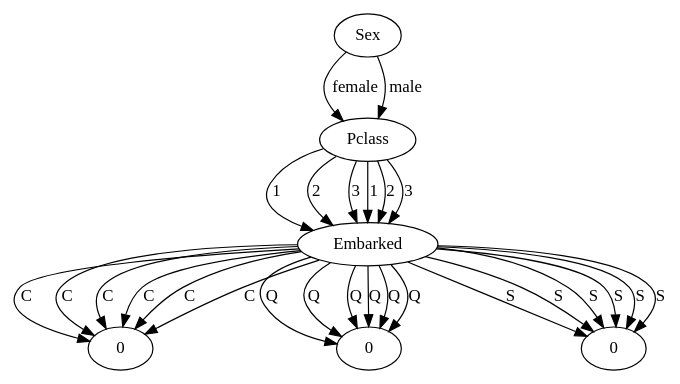
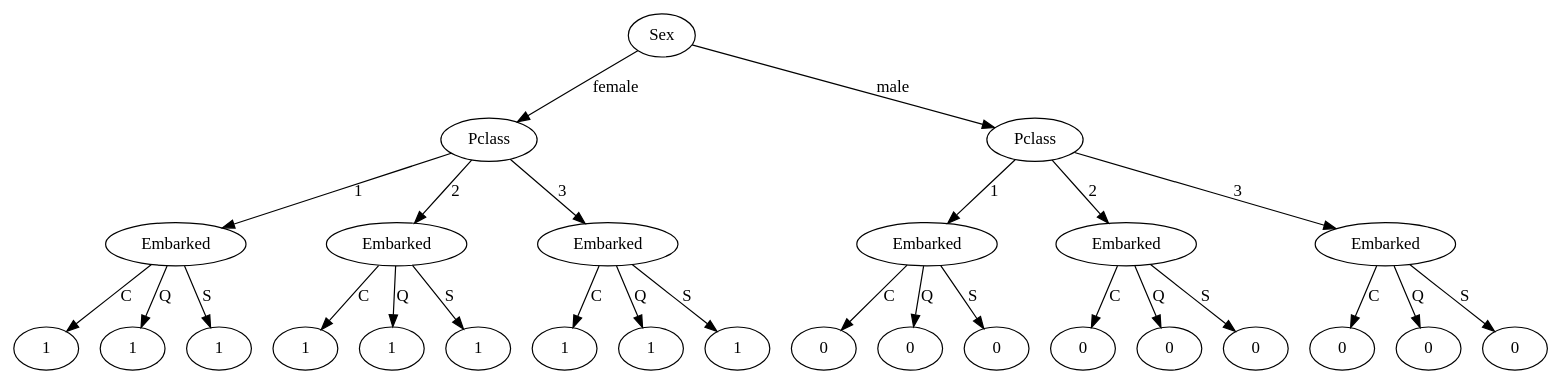
One commit to jimoskar/methodsInAI changed the diagram in Ex4/test-output/round-table.gv. Above: the diagram before and after it, drawn with Graphviz. The commit also changed 3 other files, not shown here.

```diff
--- a/Ex4/test-output/round-table.gv
+++ b/Ex4/test-output/round-table.gv
@@ -1,56 +1,56 @@
 // Decision Tree
 digraph {
-	0 [label=Sex]
-	1 [label=Pclass]
-	0 -> 1 [label=female]
-	2 [label=Embarked]
-	1 -> 2 [label=1]
-	3 [label=1]
-	2 -> 3 [label=C]
-	4 [label=1]
-	2 -> 4 [label=Q]
-	5 [label=1]
-	2 -> 5 [label=S]
-	2 [label=Embarked]
-	1 -> 2 [label=2]
-	3 [label=1]
-	2 -> 3 [label=C]
-	4 [label=1]
-	2 -> 4 [label=Q]
-	5 [label=1]
-	2 -> 5 [label=S]
-	2 [label=Embarked]
-	1 -> 2 [label=3]
-	3 [label=1]
-	2 -> 3 [label=C]
-	4 [label=1]
-	2 -> 4 [label=Q]
-	5 [label=1]
-	2 -> 5 [label=S]
-	1 [label=Pclass]
-	0 -> 1 [label=male]
-	2 [label=Embarked]
-	1 -> 2 [label=1]
-	3 [label=0]
-	2 -> 3 [label=C]
-	4 [label=0]
-	2 -> 4 [label=Q]
-	5 [label=0]
-	2 -> 5 [label=S]
-	2 [label=Embarked]
-	1 -> 2 [label=2]
-	3 [label=0]
-	2 -> 3 [label=C]
-	4 [label=0]
-	2 -> 4 [label=Q]
-	5 [label=0]
-	2 -> 5 [label=S]
-	2 [label=Embarked]
-	1 -> 2 [label=3]
-	3 [label=0]
-	2 -> 3 [label=C]
-	4 [label=0]
-	2 -> 4 [label=Q]
-	5 [label=0]
-	2 -> 5 [label=S]
+	99 [label=Sex]
+	98 [label=Pclass]
+	99 -> 98 [label=female]
+	97 [label=Embarked]
+	98 -> 97 [label=1]
+	96 [label=1]
+	97 -> 96 [label=C]
+	95 [label=1]
+	97 -> 95 [label=Q]
+	94 [label=1]
+	97 -> 94 [label=S]
+	93 [label=Embarked]
+	98 -> 93 [label=2]
+	92 [label=1]
+	93 -> 92 [label=C]
+	91 [label=1]
+	93 -> 91 [label=Q]
+	90 [label=1]
+	93 -> 90 [label=S]
+	89 [label=Embarked]
+	98 -> 89 [label=3]
+	88 [label=1]
+	89 -> 88 [label=C]
+	87 [label=1]
+	89 -> 87 [label=Q]
+	86 [label=1]
+	89 -> 86 [label=S]
+	85 [label=Pclass]
+	99 -> 85 [label=male]
+	84 [label=Embarked]
+	85 -> 84 [label=1]
+	83 [label=0]
+	84 -> 83 [label=C]
+	82 [label=0]
+	84 -> 82 [label=Q]
+	81 [label=0]
+	84 -> 81 [label=S]
+	80 [label=Embarked]
+	85 -> 80 [label=2]
+	79 [label=0]
+	80 -> 79 [label=C]
+	78 [label=0]
+	80 -> 78 [label=Q]
+	77 [label=0]
+	80 -> 77 [label=S]
+	76 [label=Embarked]
+	85 -> 76 [label=3]
+	75 [label=0]
+	76 -> 75 [label=C]
+	74 [label=0]
+	76 -> 74 [label=Q]
+	73 [label=0]
+	76 -> 73 [label=S]
 }
```
